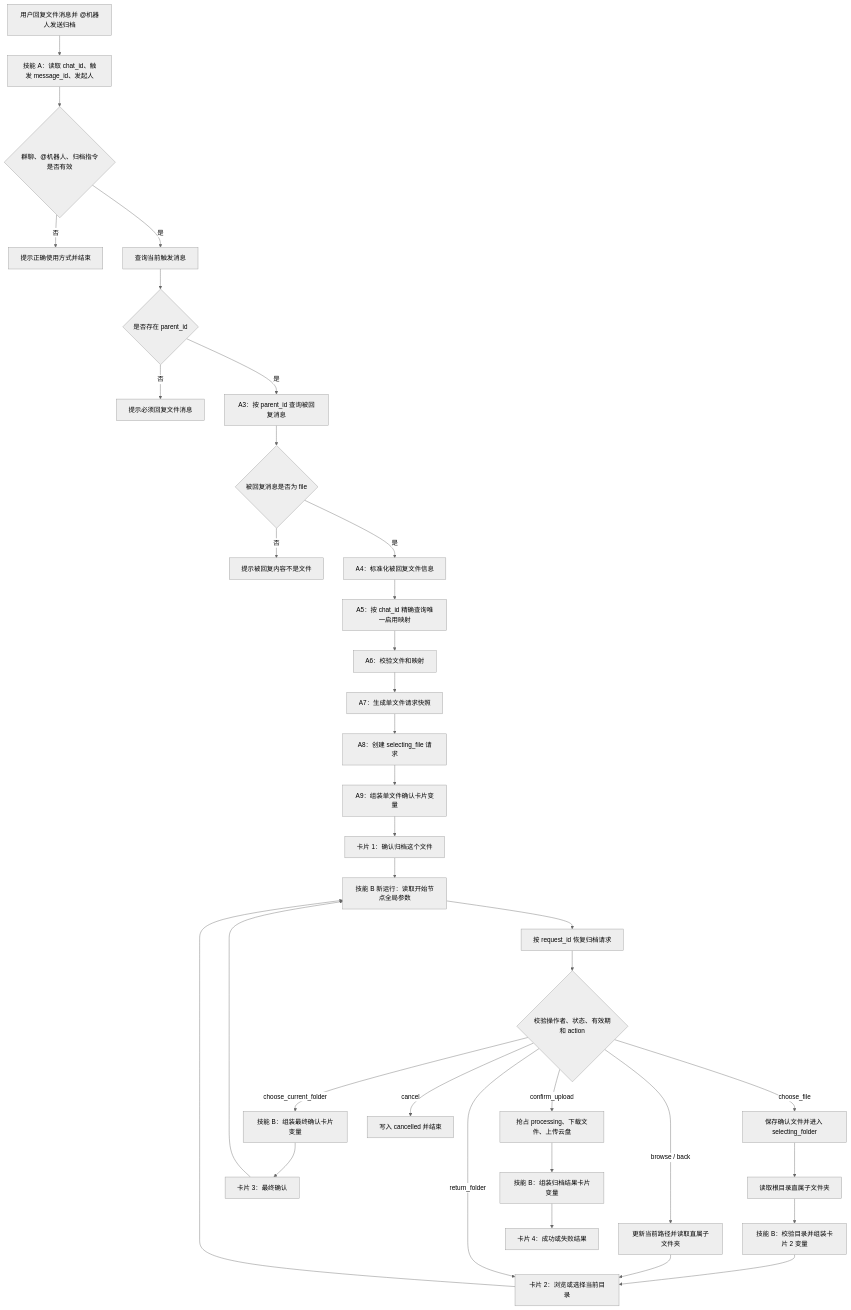
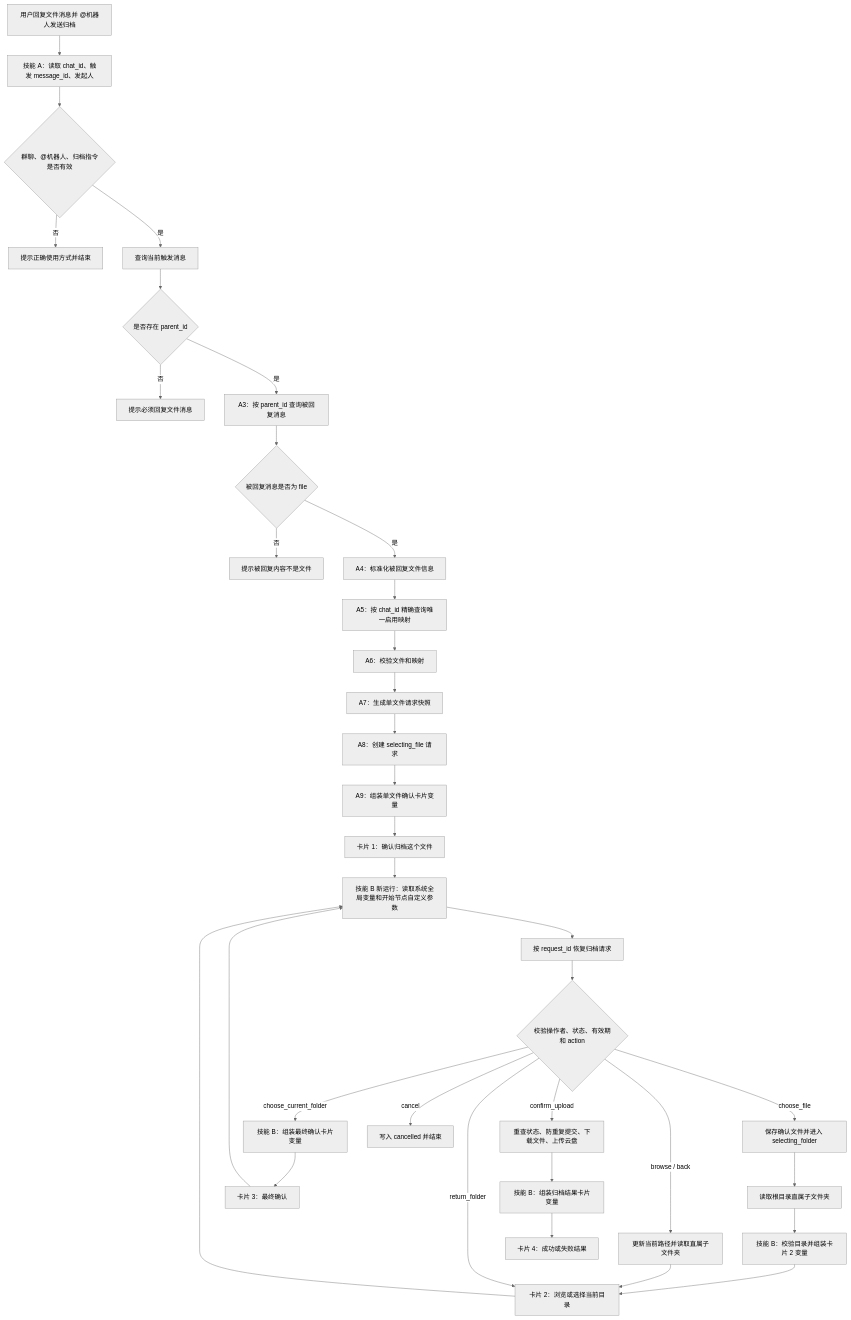
One commit to Calvincheng-ops/-aily- changed the diagram in BUILD_GUIDE_V2.md. Above: the diagram before and after it, drawn with Mermaid (neutral theme). The commit also changed other lines of this file and 9 other files, not shown here.

Commit message:
feat: update aILY nodes, tests, docs, and architecture diagram

````diff
--- a/BUILD_GUIDE_V2.md
+++ b/BUILD_GUIDE_V2.md
@@ -108,39 +108,39 @@
 ```mermaid
 flowchart TD
     U["用户回复文件消息并 @机器人发送归档"] --> A0["技能 A：读取 chat_id、触发 message_id、发起人"]
     A0 --> A1{"群聊、@机器人、归档指令是否有效"}
     A1 -->|否| AE1["提示正确使用方式并结束"]
     A1 -->|是| A2["查询当前触发消息"]
     A2 --> P{"是否存在 parent_id"}
     P -->|否| AE2["提示必须回复文件消息"]
     P -->|是| A3["A3：按 parent_id 查询被回复消息"]
     A3 --> F{"被回复消息是否为 file"}
     F -->|否| AE3["提示被回复内容不是文件"]
     F -->|是| A4["A4：标准化被回复文件信息"]
     A4 --> A5["A5：按 chat_id 精确查询唯一启用映射"]
     A5 --> A6["A6：校验文件和映射"]
     A6 --> A7["A7：生成单文件请求快照"]
     A7 --> A8["A8：创建 selecting_file 请求"]
     A8 --> A9["A9：组装单文件确认卡片变量"]
     A9 --> C1["卡片 1：确认归档这个文件"]
 
-    C1 --> B0["技能 B 新运行：读取开始节点全局参数"]
+    C1 --> B0["技能 B 新运行：读取系统全局变量和开始节点自定义参数"]
     B0 --> B1["按 request_id 恢复归档请求"]
     B1 --> B2{"校验操作者、状态、有效期和 action"}
     B2 -->|choose_file| B3["保存确认文件并进入 selecting_folder"]
     B3 --> D1["读取根目录直属子文件夹"]
     D1 --> BC2["技能 B：校验目录并组装卡片 2 变量"]
     BC2 --> C2["卡片 2：浏览或选择当前目录"]
 
     C2 --> B0
     B2 -->|browse / back| D2["更新当前路径并读取直属子文件夹"]
     D2 --> C2
     B2 -->|choose_current_folder| BC3["技能 B：组装最终确认卡片变量"]
     BC3 --> C3["卡片 3：最终确认"]
     C3 --> B0
     B2 -->|return_folder| C2
-    B2 -->|confirm_upload| UP["抢占 processing、下载文件、上传云盘"]
+    B2 -->|confirm_upload| UP["重查状态、防重复提交、下载文件、上传云盘"]
     UP --> BC4["技能 B：组装归档结果卡片变量"]
     BC4 --> C4["卡片 4：成功或失败结果"]
     B2 -->|cancel| BC["写入 cancelled 并结束"]
 ```
````
